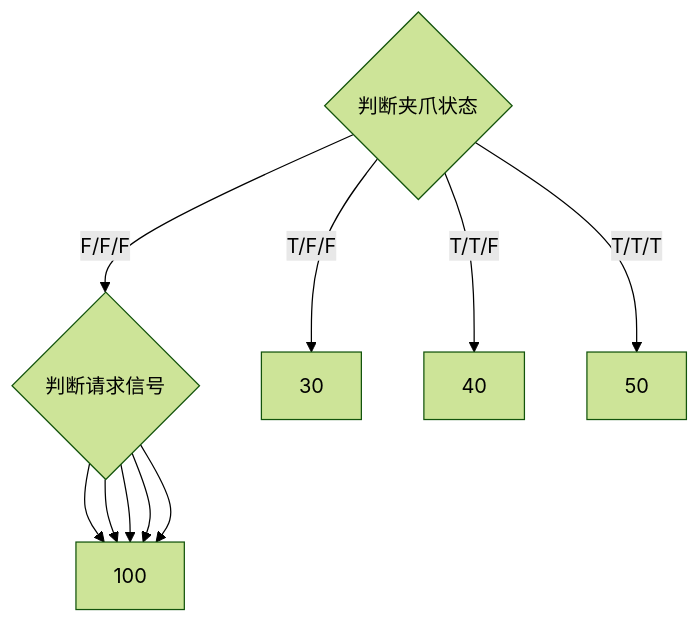
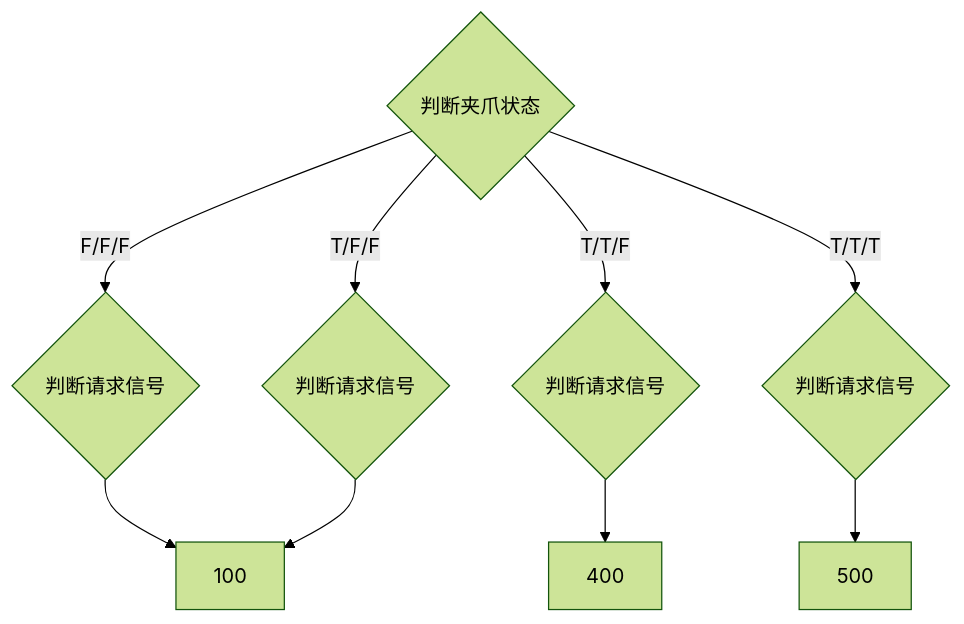
One commit to zmq000/iodraw-files changed the diagram in all/未命名.md. Above: the diagram before and after it, drawn with Mermaid (forest theme).

Commit message:
2026-06-18 11:50:02 update

````diff
--- a/all/未命名.md
+++ b/all/未命名.md
@@ -1,13 +1,12 @@
 ```mermaid
 graph TD
 10{判断夹爪状态}-->|F/F/F|20
 10-->|T/F/F|30
 10-->|T/T/F|40
 10-->|T/T/T|50
 
 20{判断请求信号}-->100
-20{判断请求信号}-->100
-20{判断请求信号}-->100
-20{判断请求信号}-->100
-20{判断请求信号}-->100
+30{判断请求信号}-->100
+40{判断请求信号}-->400
+50{判断请求信号}-->500
 ```
````
